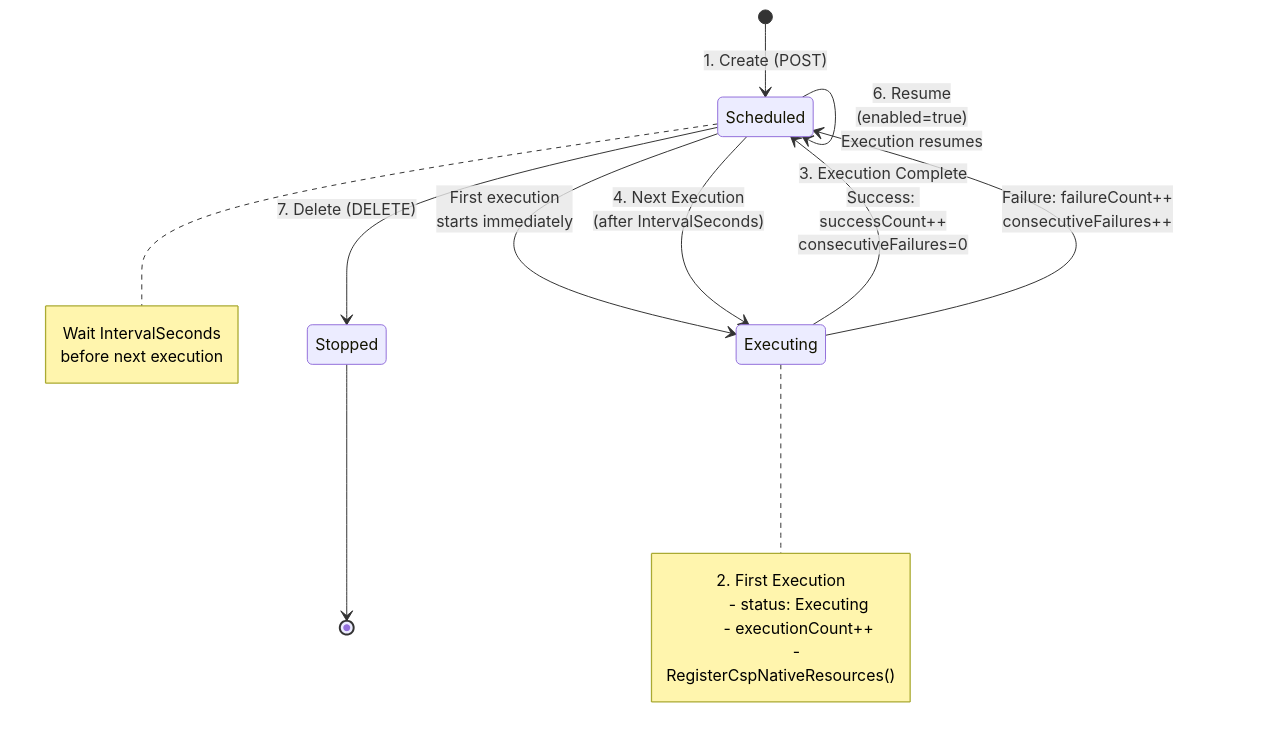
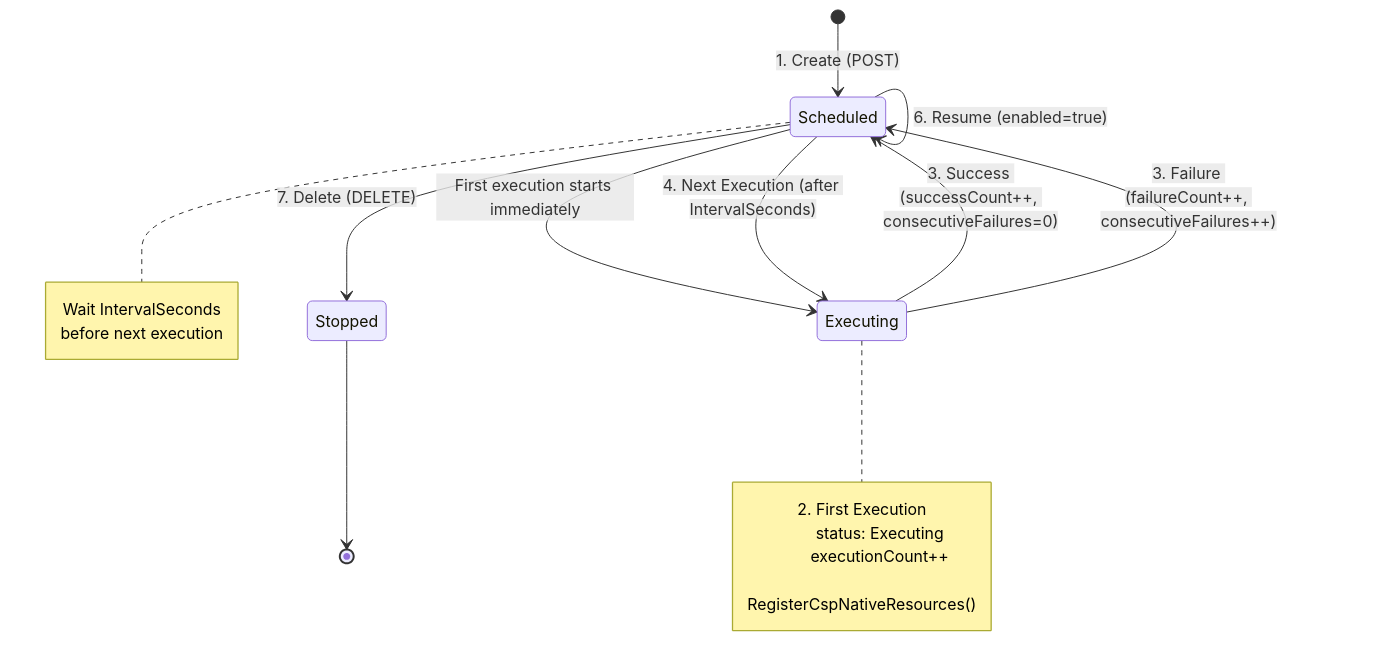
Before and after one commit to cloud-barista/cb-tumblebug: the third of 9 diagrams in docs/concept/existing-csp-res-job-scheduler.md, drawn with Mermaid. The commit also changed other lines of this file, not shown here.

Commit message:
Update doc for existing-csp-res-job-scheduler

````diff
--- a/docs/concept/existing-csp-res-job-scheduler.md
+++ b/docs/concept/existing-csp-res-job-scheduler.md
@@ -177,30 +177,30 @@
 ```mermaid
 stateDiagram-v2
     [*] --> Scheduled: 1. Create (POST)
     
-    Scheduled --> Executing: First execution<br/>starts immediately
+    Scheduled --> Executing: First execution starts immediately
     
-    Executing --> Scheduled: 3. Execution Complete<br/>Success: successCount++<br/>consecutiveFailures=0
-    Executing --> Scheduled: Failure: failureCount++<br/>consecutiveFailures++
+    Executing --> Scheduled: 3. Success (successCount++, consecutiveFailures=0)
+    Executing --> Scheduled: 3. Failure (failureCount++, consecutiveFailures++)
     
-    Scheduled --> Executing: 4. Next Execution<br/>(after IntervalSeconds)
+    Scheduled --> Executing: 4. Next Execution (after IntervalSeconds)
     
-    Scheduled --> Scheduled: 5. Pause<br/>(enabled=false)<br/>No execution
+    Scheduled --> Scheduled: 5. Pause (enabled=false)
     
-    Scheduled --> Scheduled: 6. Resume<br/>(enabled=true)<br/>Execution resumes
+    Scheduled --> Scheduled: 6. Resume (enabled=true)
     
     Scheduled --> Stopped: 7. Delete (DELETE)
     Stopped --> [*]
     
     note right of Executing
         2. First Execution
-        - status: Executing
-        - executionCount++
-        - RegisterCspNativeResources()
+        status: Executing
+        executionCount++
+        RegisterCspNativeResources()
     end note
     
     note right of Scheduled
         Wait IntervalSeconds
         before next execution
     end note
 ```
````
